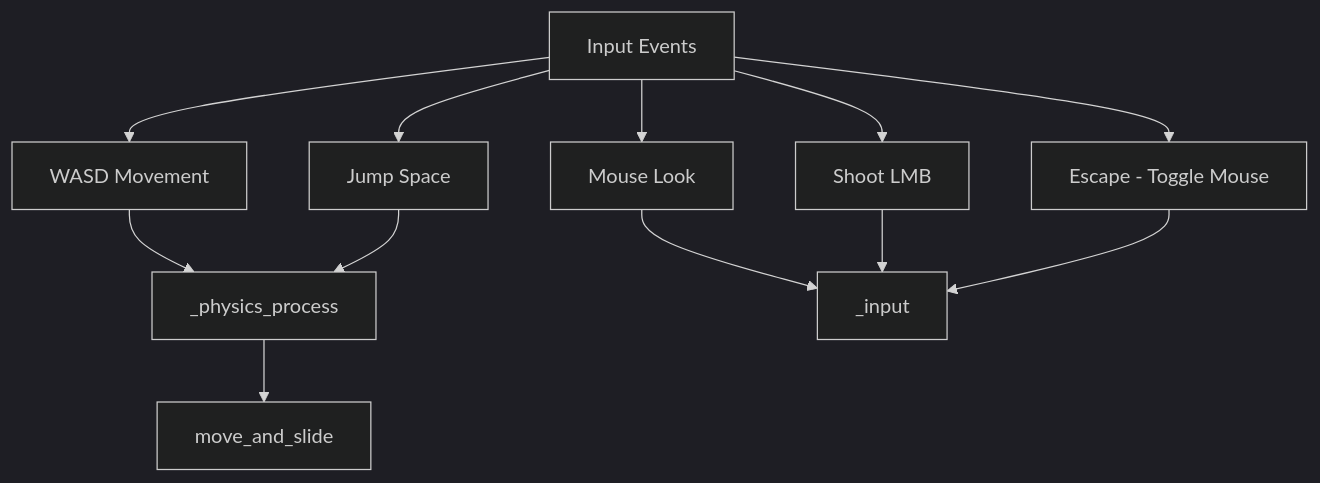
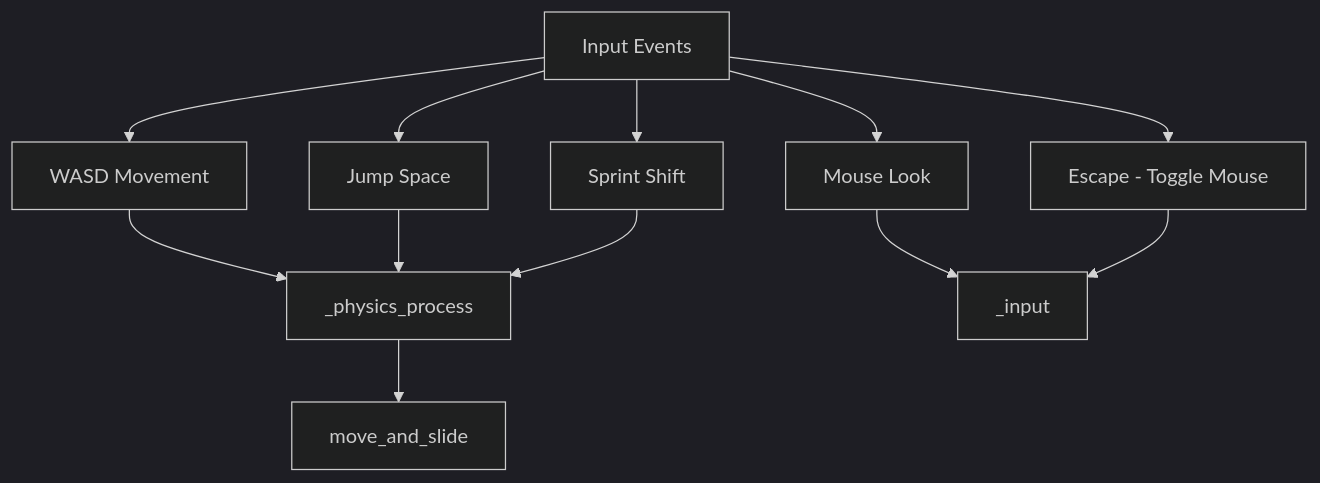
Before and after one commit to StevenGann/BiologyGame: the diagram in docs/player-and-combat.md, drawn with Mermaid (dark theme). The commit also changed other lines of this file and 12 other files, not shown here.

````diff
--- a/docs/player-and-combat.md
+++ b/docs/player-and-combat.md
@@ -7,17 +7,17 @@
 ```mermaid
 flowchart TD
     Input[Input Events]
     Input --> Movement[WASD Movement]
     Input --> Jump[Jump Space]
+    Input --> Sprint[Sprint Shift]
     Input --> MouseLook[Mouse Look]
-    Input --> Shoot[Shoot LMB]
     Input --> Escape[Escape - Toggle Mouse]
-    
+
     Movement --> _physics_process
     Jump --> _physics_process
+    Sprint --> _physics_process
     MouseLook --> _input
-    Shoot --> _input
     Escape --> _input
-    
+
     _physics_process --> MoveAndSlide[move_and_slide]
 ```
````
